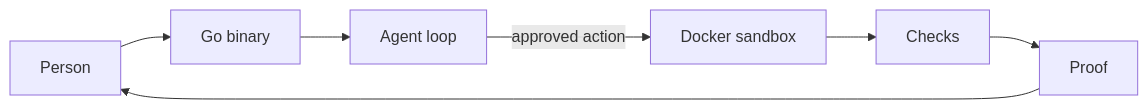
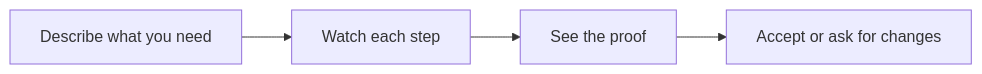
The diagram in frontend/content/projects/masih-awam-ai-code.md (farismnrr/portofolio), drawn with Mermaid before and after one commit. The commit also changed other lines of this file and 6 other files, not shown here.

````diff
--- a/frontend/content/projects/masih-awam-ai-code.md
+++ b/frontend/content/projects/masih-awam-ai-code.md
@@ -43,9 +26,6 @@
 ```mermaid
 flowchart LR
-    P[Person] --> G[Go binary]
-    G --> A[Agent loop]
-    A -->|approved action| S[Docker sandbox]
-    S --> C[Checks]
-    C --> R[Proof]
-    R --> P
+    D[Describe what you need] --> W[Watch each step]
+    W --> P[See the proof]
+    P --> A[Accept or ask for changes]
 ```
````
